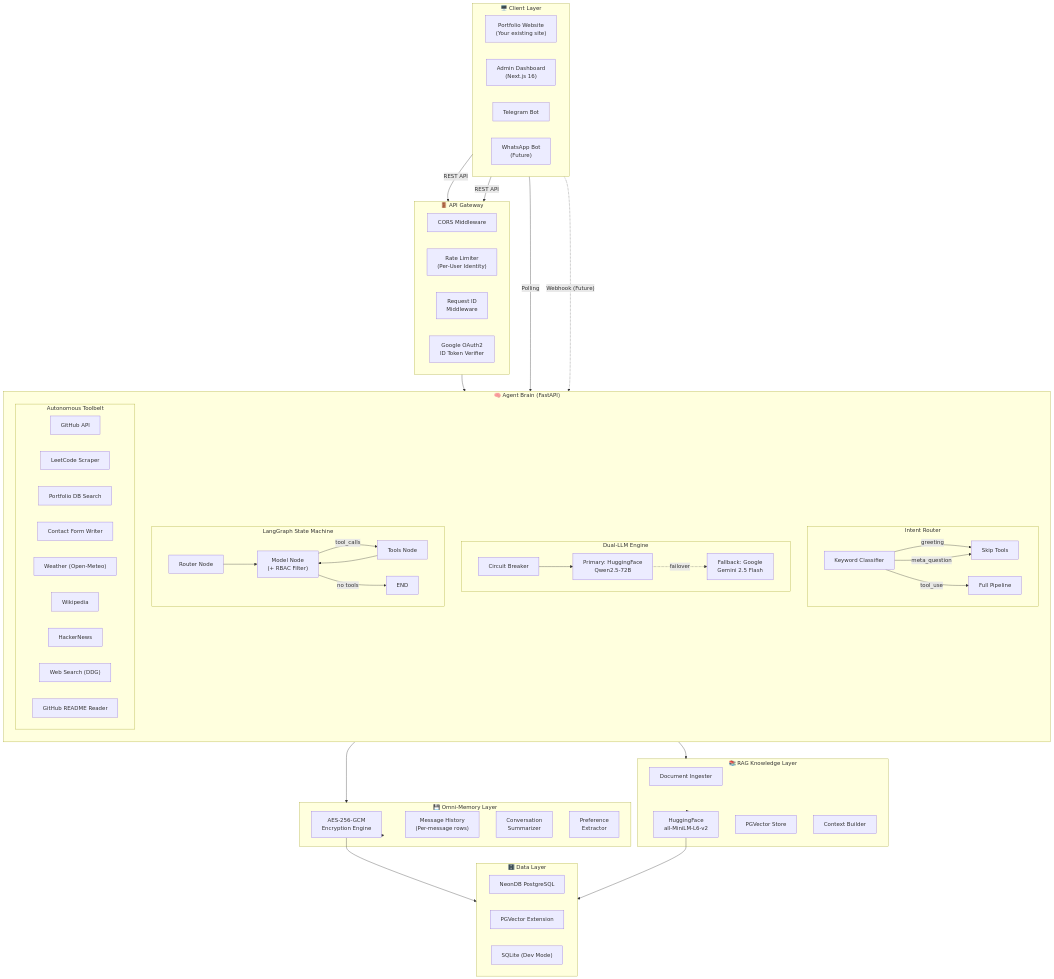
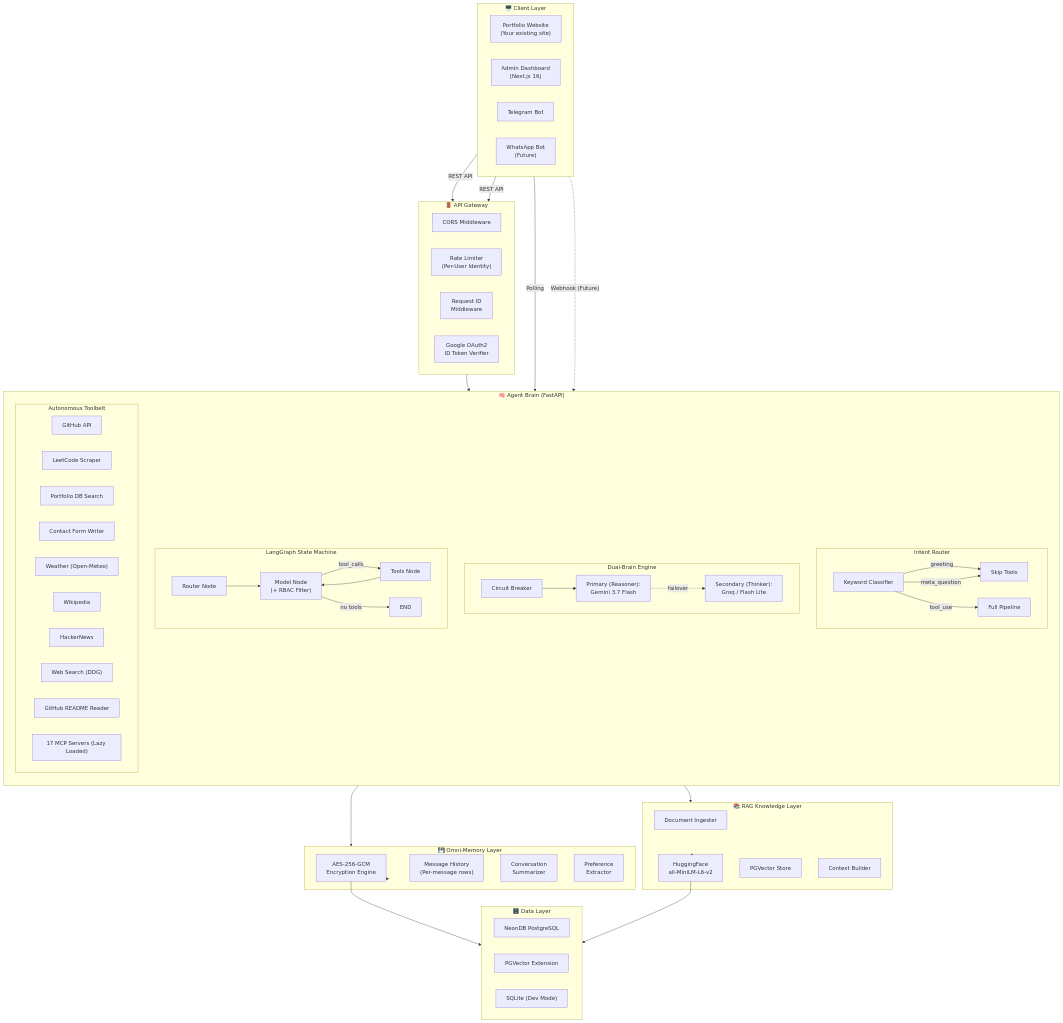
One commit to Anurag-Basuri/personal_agent changed the second of 12 diagrams in SYSTEM_DESIGN.md. Above: the diagram before and after it, drawn with Mermaid. The commit also changed other lines of this file and 1 other file, not shown here.

Commit message:
docs(architecture): update system design and readme to reflect dual-brain orchestrator and streaming integration

```diff
--- a/SYSTEM_DESIGN.md
+++ b/SYSTEM_DESIGN.md
@@ -111,10 +111,10 @@
             IR -->|tool_use| FULL["Full Pipeline"]
         end
         
-        subgraph LLM_Layer["Dual-LLM Engine"]
+        subgraph LLM_Layer["Dual-Brain Engine"]
             CB["Circuit Breaker"]
-            P_LLM["Primary: HuggingFace<br/>Qwen2.5-72B"]
-            F_LLM["Fallback: Google<br/>Gemini 2.5 Flash"]
+            P_LLM["Primary (Reasoner):<br/>Gemini 3.7 Flash"]
+            F_LLM["Secondary (Thinker):<br/>Groq / Flash Lite"]
             CB --> P_LLM
             P_LLM -.->|failover| F_LLM
         end
@@ -139,6 +139,7 @@
             T7["HackerNews"]
             T8["Web Search (DDG)"]
             T9["GitHub README Reader"]
+            T10["17 MCP Servers (Lazy Loaded)"]
         end
     end
     
```
